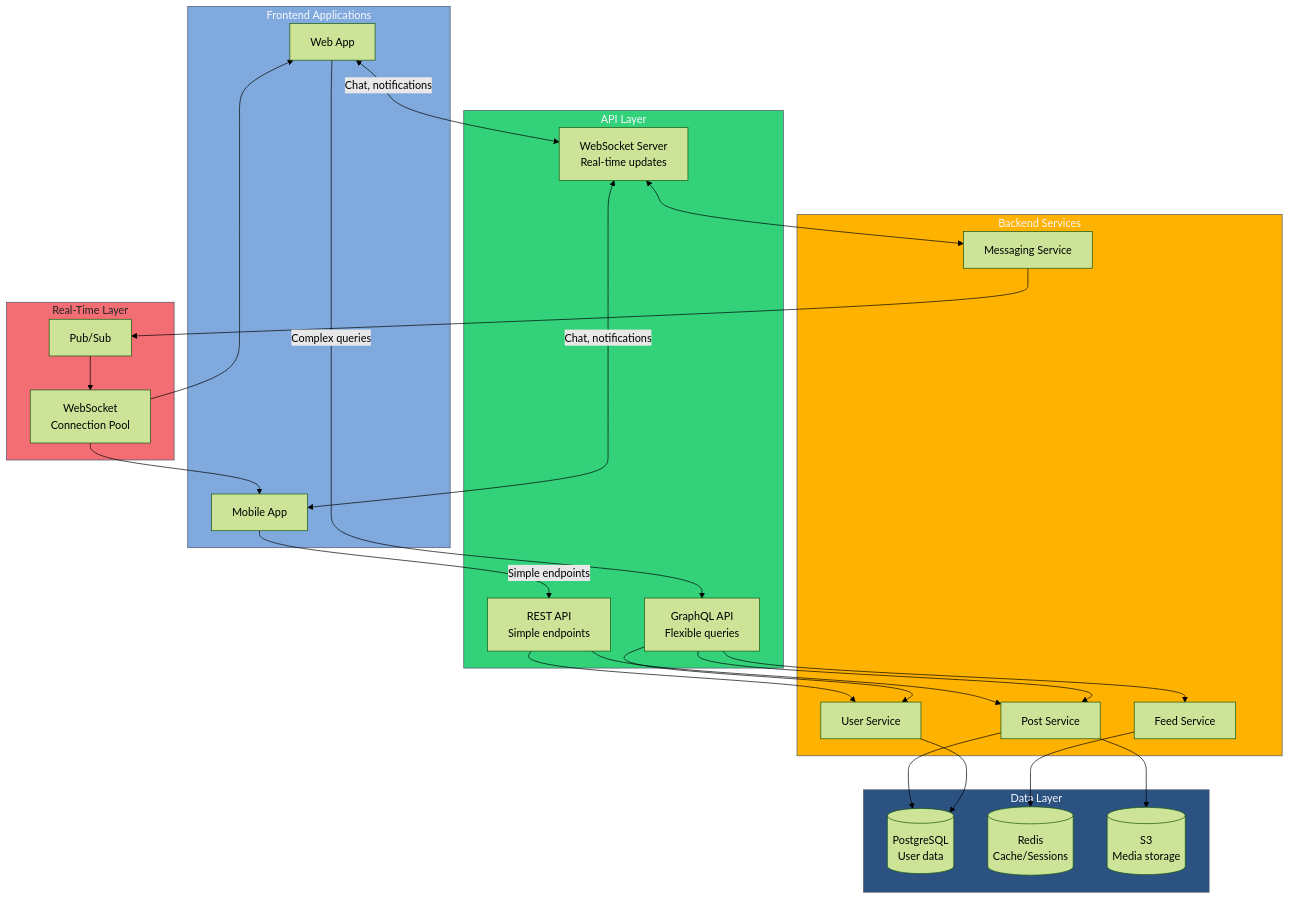
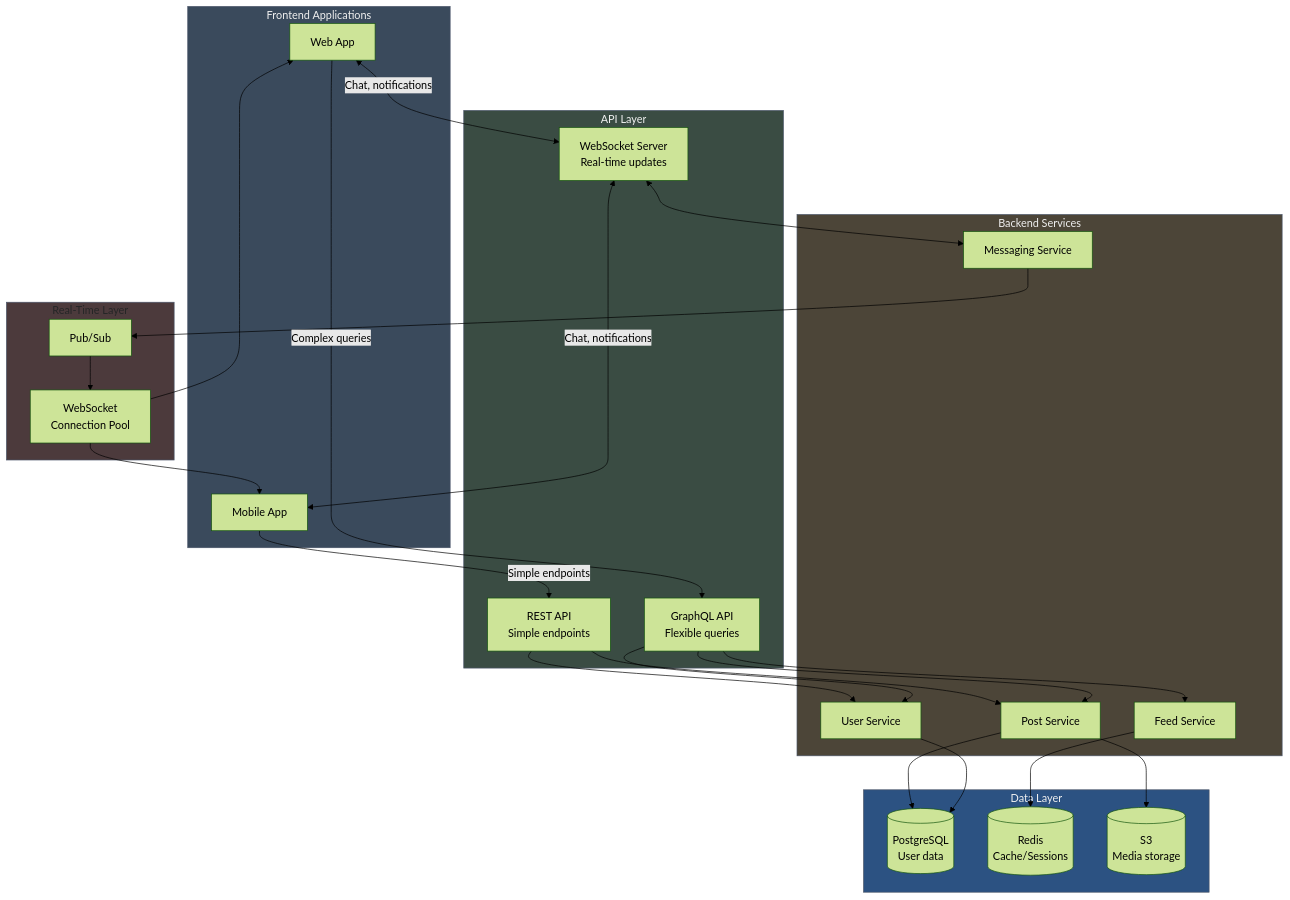
Diagram 23 of 24 in content/posts/api-communication-patterns-guide.md (blackwell-systems/blog), drawn with Mermaid (forest theme) before and after one commit. The commit also changed other lines of this file and 4 other files, not shown here.

```diff
--- a/content/posts/api-communication-patterns-guide.md
+++ b/content/posts/api-communication-patterns-guide.md
@@ -1559,60 +1559,60 @@
 {{< mermaid >}}
 flowchart TB
     subgraph frontend["Frontend Applications"]
         webapp["Web App"]
         mobileapp["Mobile App"]
     end
 
     subgraph gateway["API Layer"]
         graphql["GraphQL API<br/>Flexible queries"]
         wsserver["WebSocket Server<br/>Real-time updates"]
         rest["REST API<br/>Simple endpoints"]
     end
 
     subgraph backend["Backend Services"]
         user["User Service"]
         post["Post Service"]
         feed["Feed Service"]
         messaging["Messaging Service"]
     end
 
     subgraph storage["Data Layer"]
         postgres[("PostgreSQL<br/>User data")]
         redis[("Redis<br/>Cache/Sessions")]
         s3[("S3<br/>Media storage")]
     end
 
     subgraph realtime["Real-Time Layer"]
         pubsub["Pub/Sub"]
         wsconnections["WebSocket<br/>Connection Pool"]
     end
 
     webapp -->|Complex queries| graphql
     mobileapp -->|Simple endpoints| rest
     webapp <-->|Chat, notifications| wsserver
     mobileapp <-->|Chat, notifications| wsserver
 
     graphql --> user
     graphql --> post
     graphql --> feed
 
     rest --> user
     rest --> post
 
     wsserver <--> messaging
     messaging --> pubsub
     pubsub --> wsconnections
     wsconnections --> webapp
     wsconnections --> mobileapp
 
     user --> postgres
     post --> postgres
     feed --> redis
     post --> s3
 
-    style frontend fill:#80AADD,stroke:#4a5568,color:#f8f8ff
-    style gateway fill:#33D17A,stroke:#4a5568,color:#f8f8ff
-    style backend fill:#FFB300,stroke:#4a5568,color:#f8f8ff
-    style storage fill:#2c5282,stroke:#4a5568,color:#f8f8ff
-    style realtime fill:#F26E74,stroke:#4a5568,color:#252627
+    style frontend fill:#3A4A5C,stroke:#4a5568,color:#f0f0f0
+    style gateway fill:#3A4C43,stroke:#4a5568,color:#f0f0f0
+    style backend fill:#4C4538,stroke:#4a5568,color:#f0f0f0
+    style storage fill:#2c5282,stroke:#4a5568,color:#f0f0f0
+    style realtime fill:#4C3A3C,stroke:#4a5568,color:#252627
 {{< /mermaid >}}
```
